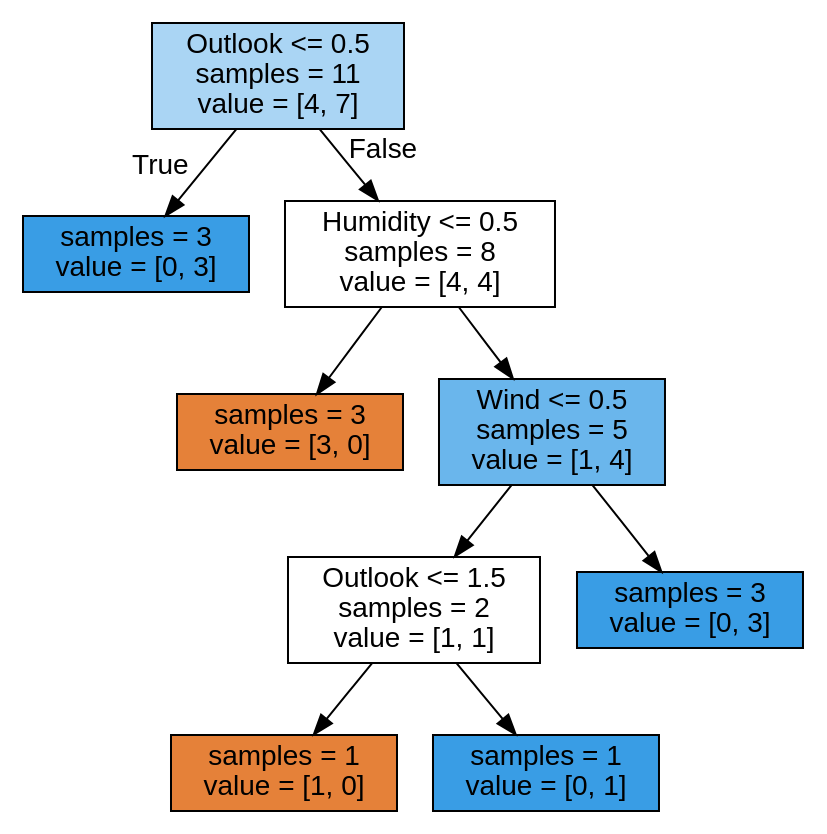
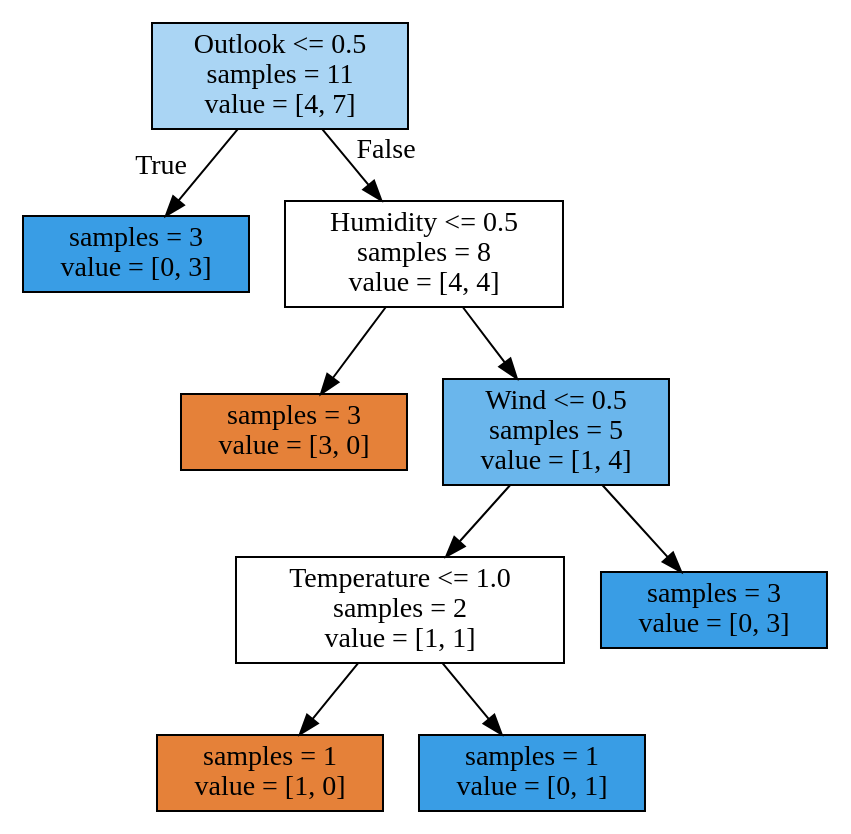
One commit to ferdyirawanf/Tugas-Kecil-1-IF3270 changed the diagram in dtl_tree_play_tennis.dot. Above: the diagram before and after it, drawn with Graphviz. The commit also changed 8 other files, not shown here.

```diff
--- a/dtl_tree_play_tennis.dot
+++ b/dtl_tree_play_tennis.dot
@@ -1,21 +1,20 @@
 digraph Tree {
-node [shape=box, style="filled", color="black", fontname="helvetica"] ;
-edge [fontname="helvetica"] ;
+node [shape=box, style="filled", color="black"] ;
 0 [label="Outlook <= 0.5\nsamples = 11\nvalue = [4, 7]", fillcolor="#aad5f4"] ;
 1 [label="samples = 3\nvalue = [0, 3]", fillcolor="#399de5"] ;
 0 -> 1 [labeldistance=2.5, labelangle=45, headlabel="True"] ;
 2 [label="Humidity <= 0.5\nsamples = 8\nvalue = [4, 4]", fillcolor="#ffffff"] ;
 0 -> 2 [labeldistance=2.5, labelangle=-45, headlabel="False"] ;
 3 [label="samples = 3\nvalue = [3, 0]", fillcolor="#e58139"] ;
 2 -> 3 ;
 4 [label="Wind <= 0.5\nsamples = 5\nvalue = [1, 4]", fillcolor="#6ab6ec"] ;
 2 -> 4 ;
-5 [label="Outlook <= 1.5\nsamples = 2\nvalue = [1, 1]", fillcolor="#ffffff"] ;
+5 [label="Temperature <= 1.0\nsamples = 2\nvalue = [1, 1]", fillcolor="#ffffff"] ;
 4 -> 5 ;
 6 [label="samples = 1\nvalue = [1, 0]", fillcolor="#e58139"] ;
 5 -> 6 ;
 7 [label="samples = 1\nvalue = [0, 1]", fillcolor="#399de5"] ;
 5 -> 7 ;
 8 [label="samples = 3\nvalue = [0, 3]", fillcolor="#399de5"] ;
 4 -> 8 ;
 }
```
